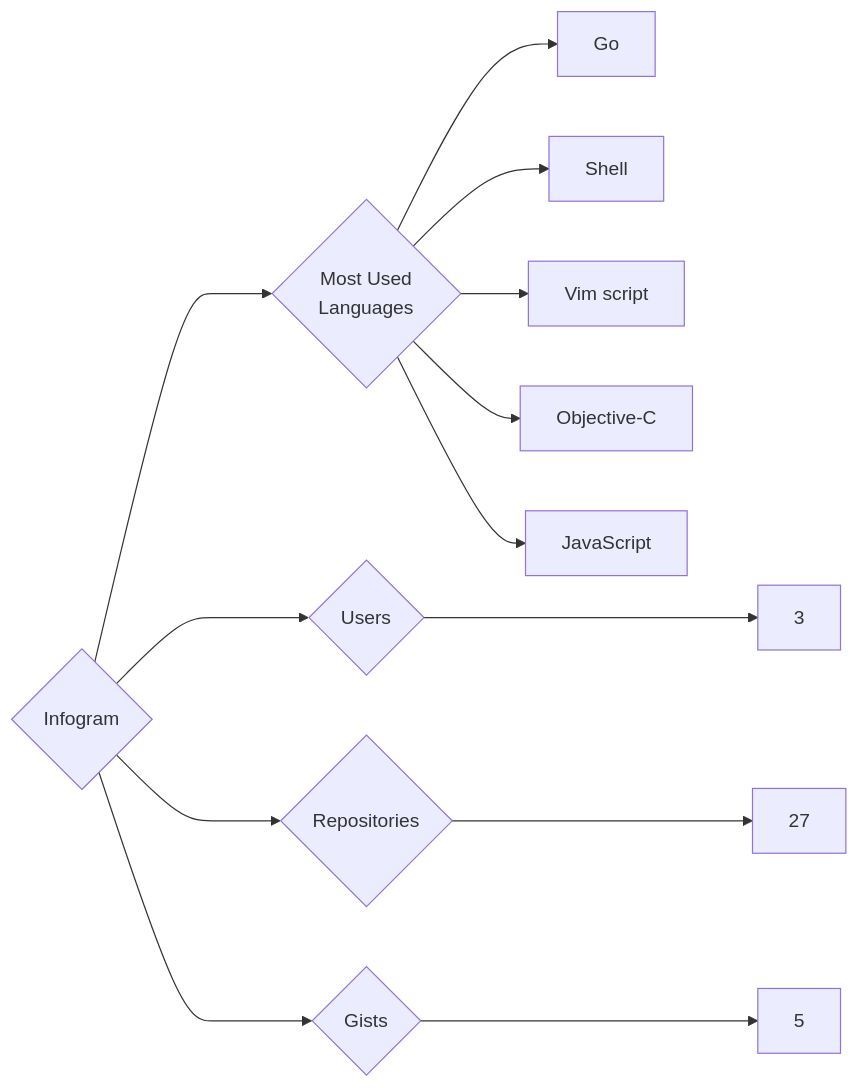
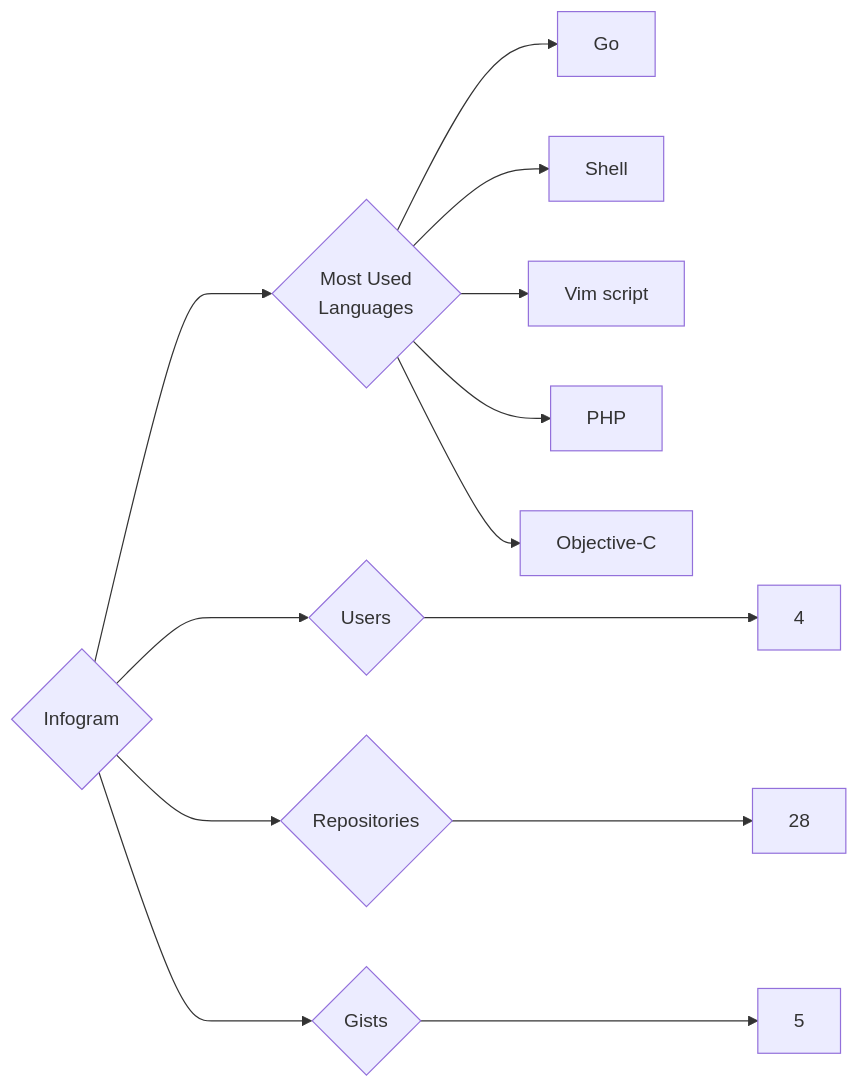
One commit to trickest/insiders changed the diagram in targets/Infogram/README.md. Above: the diagram before and after it, drawn with Mermaid. The commit also changed 891 other files, not shown here.

````diff
--- a/targets/Infogram/README.md
+++ b/targets/Infogram/README.md
@@ -3,13 +3,13 @@
 ```mermaid
 graph LR
 COMPANY_NAME{Infogram}
-COMPANY_NAME ---> U{Users} ---> UN[3]
-COMPANY_NAME ---> R{Repositories} ---> RN[27]
+COMPANY_NAME ---> U{Users} ---> UN[4]
+COMPANY_NAME ---> R{Repositories} ---> RN[28]
 COMPANY_NAME ---> G{Gists} ---> GN[5]
 COMPANY_NAME ---> ML{Most Used<br>Languages}
 ML --> Go[Go]
 ML --> Shell[Shell]
 ML --> Vim_script[Vim script]
+ML --> PHP[PHP]
 ML --> Objective-C[Objective-C]
-ML --> JavaScript[JavaScript]
 ```
````
